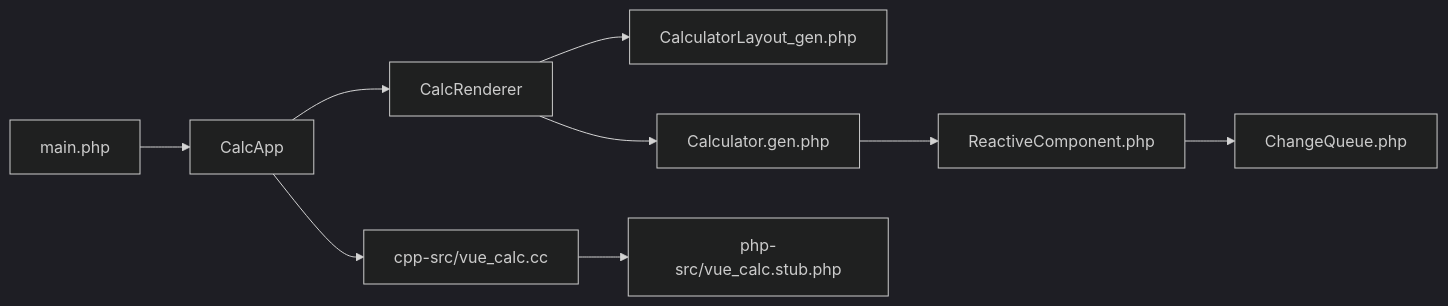
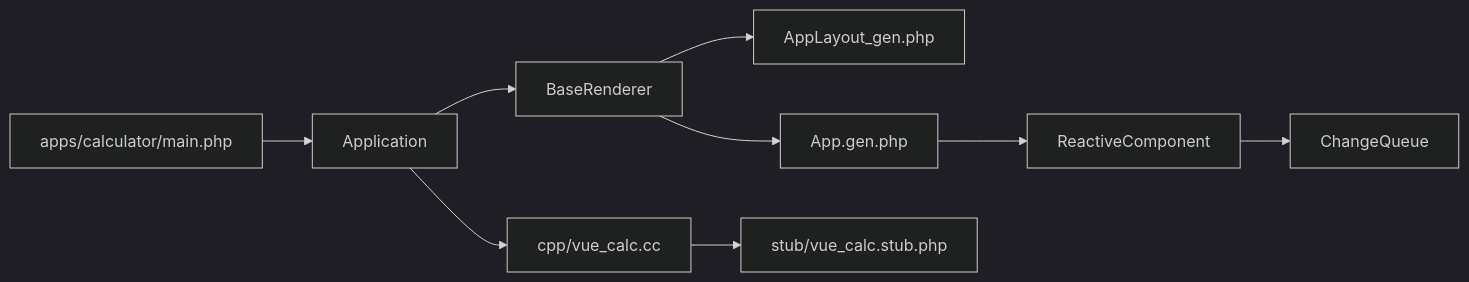
Before and after one commit to xingye00186/PHP-Data-UI-Framework-powered-by-swooleAOT: the seventh of 7 diagrams in .qoder/repowiki/zh/content/应用程序生命周期/应用程序生命周期.md, drawn with Mermaid (dark theme). The commit also changed other lines of this file and 7 other files, not shown here.

````diff
--- a/.qoder/repowiki/zh/content/应用程序生命周期/应用程序生命周期.md
+++ b/.qoder/repowiki/zh/content/应用程序生命周期/应用程序生命周期.md
@@ -300,11 +303,11 @@
 ```mermaid
 graph LR
-MAIN["main.php"] --> APP["CalcApp"]
-APP --> RENDER["CalcRenderer"]
-RENDER --> LAYOUT["CalculatorLayout_gen.php"]
-RENDER --> CALC["Calculator.gen.php"]
-CALC --> BASE["ReactiveComponent.php"]
-BASE --> Q["ChangeQueue.php"]
-APP --> CPP["cpp-src/vue_calc.cc"]
-CPP --> STUB["php-src/vue_calc.stub.php"]
+MAIN["apps/calculator/main.php"] --> APP["Application"]
+APP --> RENDER["BaseRenderer"]
+RENDER --> LAYOUT["AppLayout_gen.php"]
+RENDER --> CALC["App.gen.php"]
+CALC --> BASE["ReactiveComponent"]
+BASE --> Q["ChangeQueue"]
+APP --> CPP["cpp/vue_calc.cc"]
+CPP --> STUB["stub/vue_calc.stub.php"]
 ```
````
